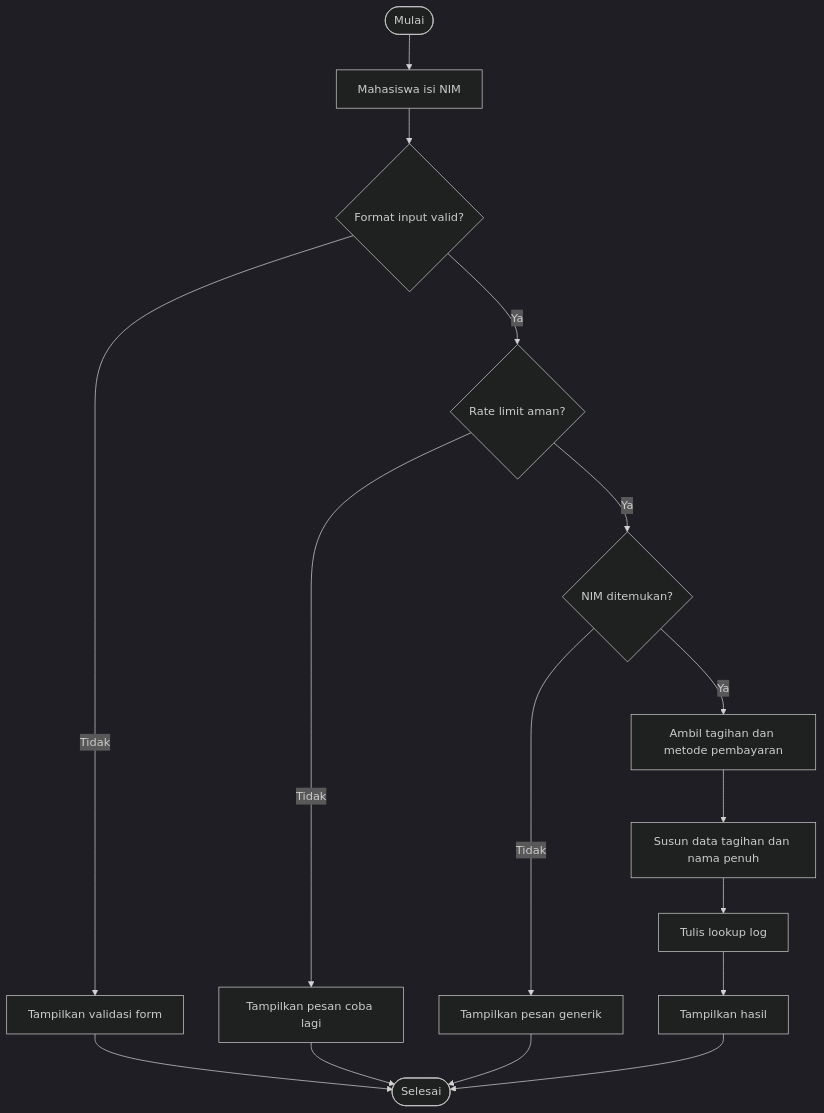
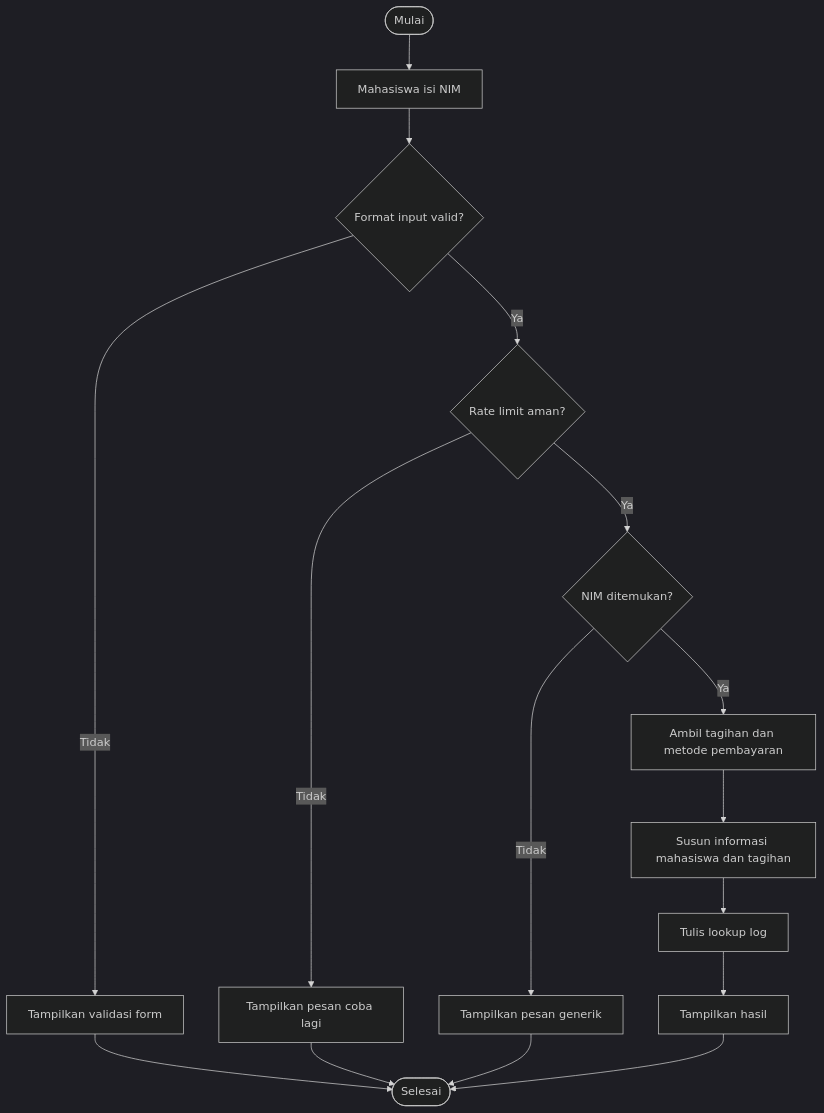
One commit to mtijan/Salut-Cek-Pembayaran changed diagram 15 of 25 in docs/03-diagrams.md. Above: the diagram before and after it, drawn with Mermaid (dark theme). The commit also changed other lines of this file and 32 other files, not shown here.

````diff
--- a/docs/03-diagrams.md
+++ b/docs/03-diagrams.md
@@ -458,18 +458,18 @@
 ```mermaid
 flowchart TD
     Start([Mulai]) --> Input[Mahasiswa isi NIM]
     Input --> Validate{Format input valid?}
     Validate -->|Tidak| Invalid[Tampilkan validasi form]
     Validate -->|Ya| Rate{Rate limit aman?}
     Rate -->|Tidak| Limited[Tampilkan pesan coba lagi]
     Rate -->|Ya| Match{NIM ditemukan?}
     Match -->|Tidak| NotFound[Tampilkan pesan generik]
     Match -->|Ya| Fetch[Ambil tagihan dan metode pembayaran]
-    Fetch --> Mask[Susun data tagihan dan nama penuh]
+    Fetch --> Mask[Susun informasi mahasiswa dan tagihan]
     Mask --> Log[Tulis lookup log]
     Log --> Result[Tampilkan hasil]
     Invalid --> End([Selesai])
     Limited --> End
     NotFound --> End
     Result --> End
 ```
````
